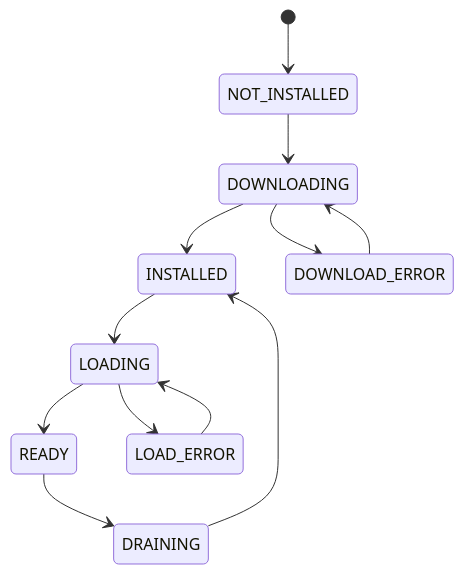
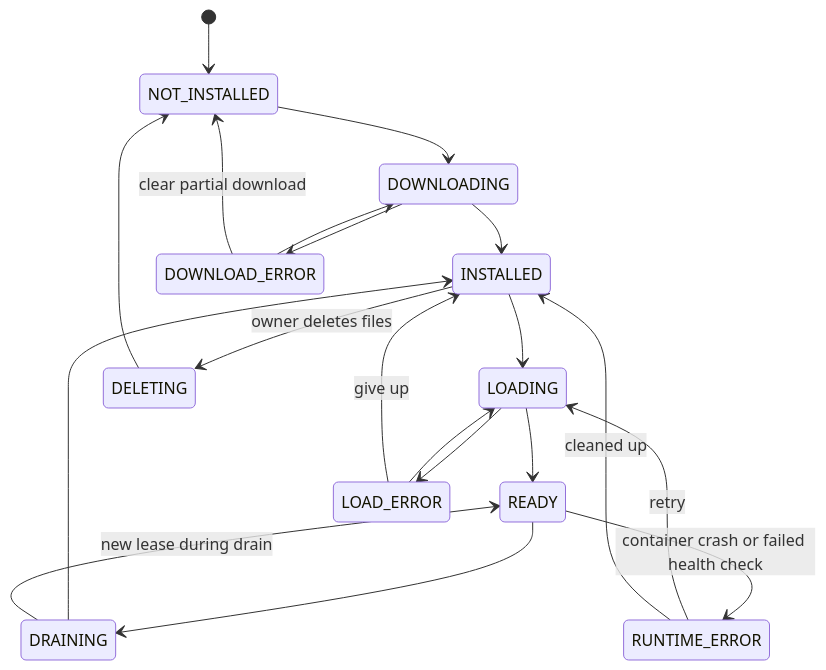
The third of 8 diagrams in PLAN.md (nikhil-ghind/crewquarters), drawn with Mermaid before and after one commit. The commit also changed other lines of this file and 1 other file, not shown here.

````diff
--- a/PLAN.md
+++ b/PLAN.md
@@ -359,14 +398,22 @@
 ```mermaid
 stateDiagram-v2
     [*] --> NOT_INSTALLED
     NOT_INSTALLED --> DOWNLOADING
     DOWNLOADING --> INSTALLED
     DOWNLOADING --> DOWNLOAD_ERROR
     INSTALLED --> LOADING
     LOADING --> READY
     LOADING --> LOAD_ERROR
     READY --> DRAINING
     DRAINING --> INSTALLED
+    DRAINING --> READY: new lease during drain
+    READY --> RUNTIME_ERROR: container crash or failed health check
+    RUNTIME_ERROR --> LOADING: retry
+    RUNTIME_ERROR --> INSTALLED: cleaned up
     DOWNLOAD_ERROR --> DOWNLOADING
+    DOWNLOAD_ERROR --> NOT_INSTALLED: clear partial download
     LOAD_ERROR --> LOADING
+    LOAD_ERROR --> INSTALLED: give up
+    INSTALLED --> DELETING: owner deletes files
+    DELETING --> NOT_INSTALLED
 ```
````
